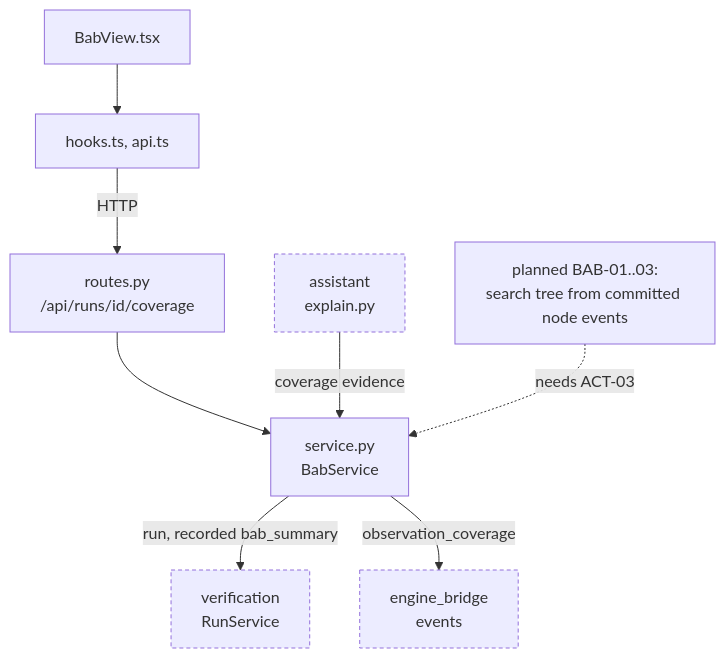
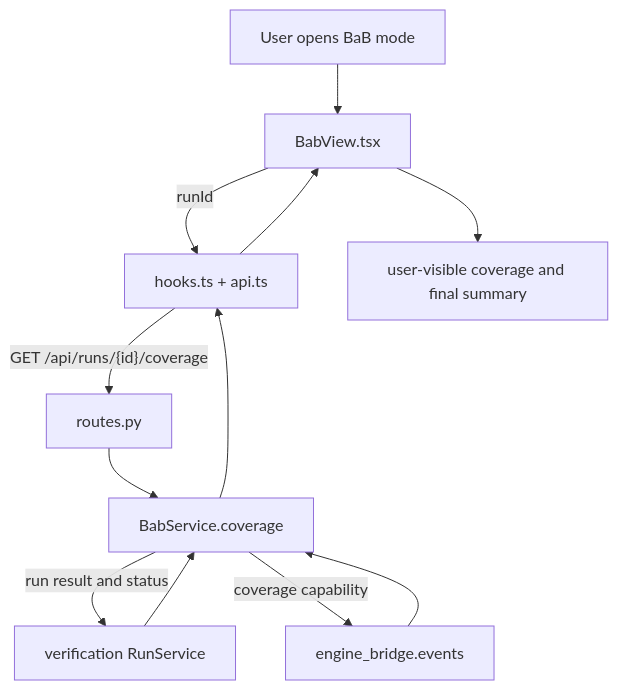
Before and after one commit to SVF-tools/ACT-GUI: the diagram in visual_bench/bab/README.md, drawn with Mermaid. The commit also changed other lines of this file and 20 other files, not shown here.

````diff
--- a/visual_bench/bab/README.md
+++ b/visual_bench/bab/README.md
@@ -23,18 +18,13 @@
 ```mermaid
 flowchart TB
-  classDef ext stroke-dasharray: 4 3
-  BV["BabView.tsx"]
-  H["hooks.ts, api.ts"]
-  R["routes.py<br/>/api/runs/id/coverage"]
-  S["service.py<br/>BabService"]
-  VER["verification<br/>RunService"]:::ext
-  AS["assistant<br/>explain.py"]:::ext
-  EB["engine_bridge<br/>events"]:::ext
-  BV --> H
-  H -- "HTTP" --> R
-  R --> S
-  S -- "run, recorded bab_summary" --> VER
-  S -- "observation_coverage" --> EB
-  AS -- "coverage evidence" --> S
-  Plan["planned BAB-01..03:<br/>search tree from committed node events"] -. "needs ACT-03" .-> S
+  U["User opens BaB mode"] --> V["BabView.tsx"]
+  V -- "runId" --> H["hooks.ts + api.ts"]
+  H -- "GET /api/runs/{id}/coverage" --> R["routes.py"]
+  R --> S["BabService.coverage"]
+  S -- "run result and status" --> VS["verification RunService"]
+  S -- "coverage capability" --> E["engine_bridge.events"]
+  VS --> S
+  E --> S
+  S --> H --> V
+  V --> O["user-visible coverage and final summary"]
 ```
````
